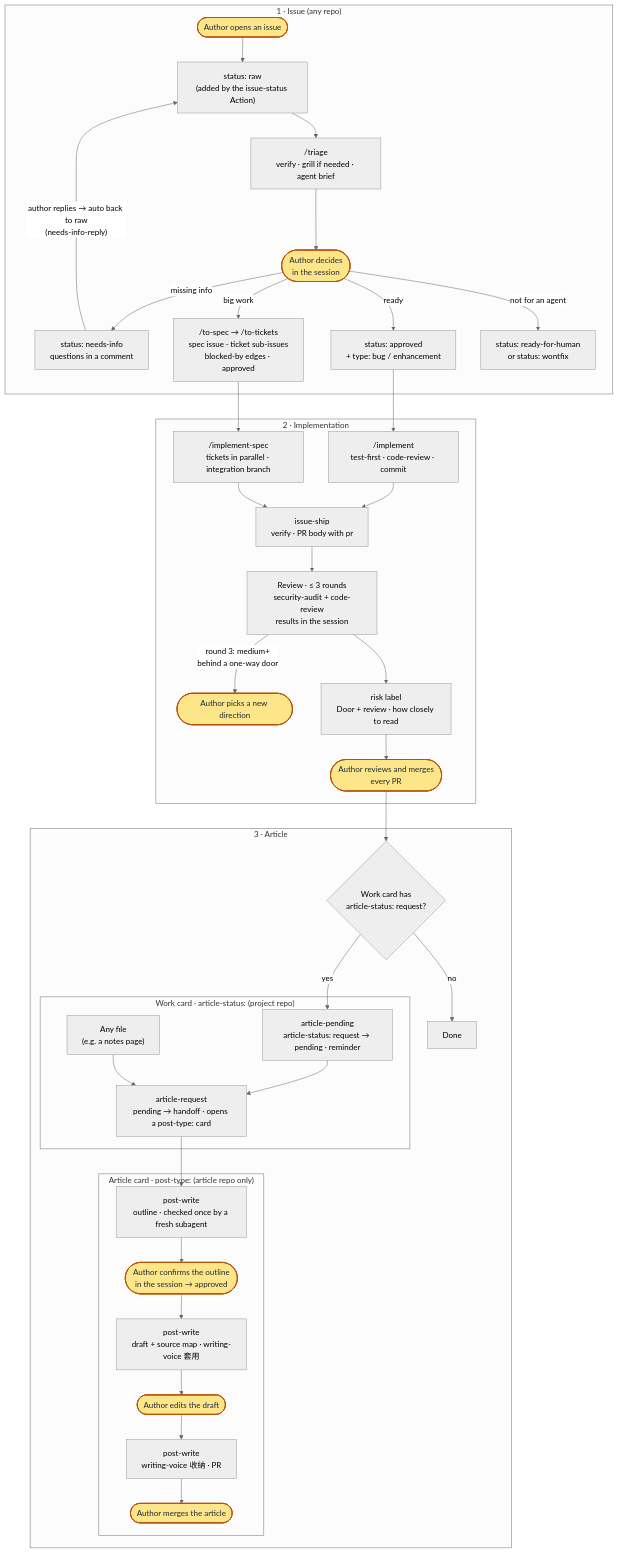
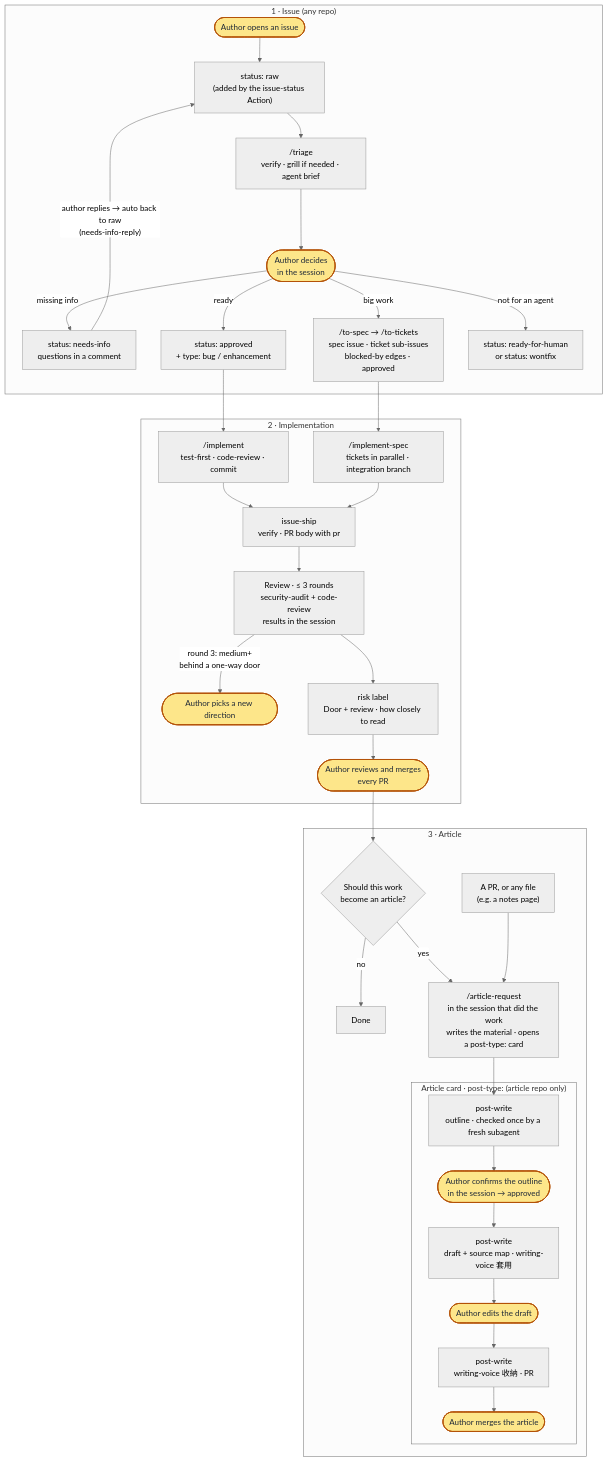
Before and after one commit to sean2249/skills: the first of 2 diagrams in README.md, drawn with Mermaid (neutral theme). The commit also changed other lines of this file and 13 other files, not shown here.

First line of the commit message:
Articles start with /article-request in the dev session; retire article labels

````diff
--- a/README.md
+++ b/README.md
@@ -57,48 +57,44 @@
 ```mermaid
 flowchart TD
   subgraph ISSUE["1 · Issue (any repo)"]
     A(["Author opens an issue"]):::author --> B["status: raw<br/>(added by the issue-status Action)"]
     B --> T["/triage<br/>verify · grill if needed · agent brief"]
     T --> D(["Author decides<br/>in the session"]):::author
     D -->|missing info| NI["status: needs-info<br/>questions in a comment"]
     NI -->|"author replies → auto back to raw<br/>(needs-info-reply)"| B
     D -->|ready| AP["status: approved<br/>+ type: bug / enhancement"]
     D -->|big work| SP["/to-spec → /to-tickets<br/>spec issue · ticket sub-issues<br/>blocked-by edges · approved"]
     D -->|"not for an agent"| RH["status: ready-for-human<br/>or status: wontfix"]
   end
 
   subgraph IMPL["2 · Implementation"]
     AP --> I["/implement<br/>test-first · code-review · commit"]
     SP --> IS["/implement-spec<br/>tickets in parallel · integration branch"]
     I --> S["issue-ship<br/>verify · PR body with pr"]
     IS --> S
     S --> RV["Review · ≤ 3 rounds<br/>security-audit + code-review<br/>results in the session"]
     RV -->|"round 3: medium+<br/>behind a one-way door"| BK(["Author picks a new direction"]):::author
     RV --> K["risk label<br/>Door + review · how closely to read"]
     K --> M(["Author reviews and merges<br/>every PR"]):::author
   end
 
   subgraph ART["3 · Article"]
-    M --> N{"Work card has<br/>article-status: request?"}
+    M --> N{"Should this work<br/>become an article?"}
     N -->|no| Z["Done"]
-    subgraph WORK["Work card · article-status: (project repo)"]
-      O["article-pending<br/>article-status: request → pending · reminder"]
-      Q["article-request<br/>pending → handoff · opens a post-type: card"]
-      X["Any file<br/>(e.g. a notes page)"]
-    end
+    Q["/article-request<br/>in the session that did the work<br/>writes the material · opens a post-type: card"]
+    X["A PR, or any file<br/>(e.g. a notes page)"]
     subgraph CARD["Article card · post-type: (article repo only)"]
       U["post-write<br/>outline · checked once by a fresh subagent"]
       OC(["Author confirms the outline<br/>in the session → approved"]):::author
       W["post-write<br/>draft + source map · writing-voice 套用"]
       E(["Author edits the draft"]):::author
       P["post-write<br/>writing-voice 收納 · PR"]
       V(["Author merges the article"]):::author
     end
-    N -->|yes| O
-    O --> Q
+    N -->|yes| Q
     X --> Q
     Q --> U --> OC --> W --> E --> P --> V
   end
 
   classDef author fill:#fde68a,stroke:#b45309,color:#1f2937,stroke-width:2px
 ```
````
